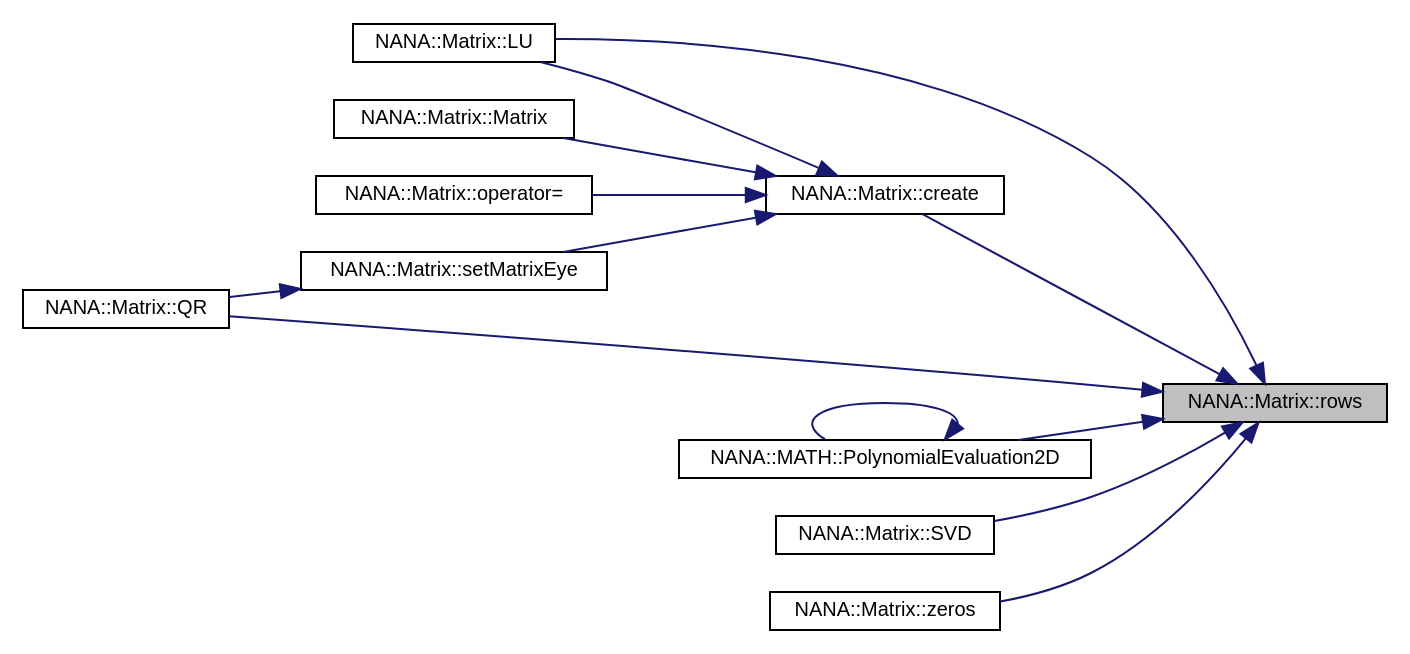
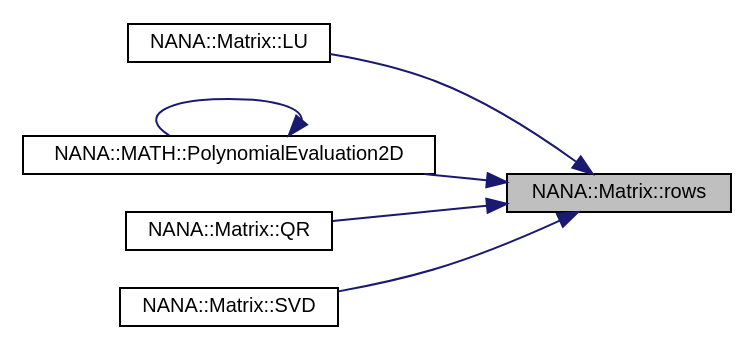
Before and after one commit to YuruTu/NANA: the diagram in docs/class_n_a_n_a_1_1_matrix_a59af2b31be0c8625466dea7fa5a36afa_icgraph.dot, drawn with Graphviz. The commit also changed 83 other files, not shown here.

```diff
--- a/docs/class_n_a_n_a_1_1_matrix_a59af2b31be0c8625466dea7fa5a36afa_icgraph.dot
+++ b/docs/class_n_a_n_a_1_1_matrix_a59af2b31be0c8625466dea7fa5a36afa_icgraph.dot
@@ -1,29 +1,17 @@
 digraph "NANA::Matrix::rows"
 {
  // LATEX_PDF_SIZE
   edge [fontname="Helvetica",fontsize="10",labelfontname="Helvetica",labelfontsize="10"];
   node [fontname="Helvetica",fontsize="10",shape=record];
   rankdir="RL";
   Node1 [label="NANA::Matrix::rows",height=0.2,width=0.4,color="black", fillcolor="grey75", style="filled", fontcolor="black",tooltip="获取矩阵的行数"];
   Node1 -> Node2 [dir="back",color="midnightblue",fontsize="10",style="solid",fontname="Helvetica"];
-  Node2 [label="NANA::Matrix::create",height=0.2,width=0.4,color="black", fillcolor="white", style="filled",URL="$class_n_a_n_a_1_1_matrix.html#a9143733c65d050c962bb9ea8fe03d19b",tooltip="申请内存"];
-  Node2 -> Node3 [dir="back",color="midnightblue",fontsize="10",style="solid",fontname="Helvetica"];
-  Node3 [label="NANA::Matrix::LU",height=0.2,width=0.4,color="black", fillcolor="white", style="filled",URL="$class_n_a_n_a_1_1_matrix.html#a4fa999237fe4b55b662bcd8e38707d1e",tooltip="实现矩阵的LU分解"];
-  Node2 -> Node4 [dir="back",color="midnightblue",fontsize="10",style="solid",fontname="Helvetica"];
-  Node4 [label="NANA::Matrix::Matrix",height=0.2,width=0.4,color="black", fillcolor="white", style="filled",URL="$class_n_a_n_a_1_1_matrix.html#a200779713f922b3c87ad193b3ea7f6b4",tooltip="构造函数，主动申请与管理内存"];
-  Node2 -> Node5 [dir="back",color="midnightblue",fontsize="10",style="solid",fontname="Helvetica"];
-  Node5 [label="NANA::Matrix::operator=",height=0.2,width=0.4,color="black", fillcolor="white", style="filled",URL="$class_n_a_n_a_1_1_matrix.html#af8f91cc9e267b3c55d0b8e6cb80351c4",tooltip="等于时"];
-  Node2 -> Node6 [dir="back",color="midnightblue",fontsize="10",style="solid",fontname="Helvetica"];
-  Node6 [label="NANA::Matrix::setMatrixEye",height=0.2,width=0.4,color="black", fillcolor="white", style="filled",URL="$class_n_a_n_a_1_1_matrix.html#a0a5423a5d4ad70b3225216b7a6542ee4",tooltip="将当前矩阵设置为单位矩阵"];
-  Node6 -> Node7 [dir="back",color="midnightblue",fontsize="10",style="solid",fontname="Helvetica"];
-  Node7 [label="NANA::Matrix::QR",height=0.2,width=0.4,color="black", fillcolor="white", style="filled",URL="$class_n_a_n_a_1_1_matrix.html#aa7c0b878879e366512929f60b01b883b",tooltip="基于豪斯荷尔德变换实现矩阵的QR分解"];
+  Node2 [label="NANA::Matrix::LU",height=0.2,width=0.4,color="black", fillcolor="white", style="filled",URL="$class_n_a_n_a_1_1_matrix.html#a4fa999237fe4b55b662bcd8e38707d1e",tooltip="实现矩阵的LU分解"];
   Node1 -> Node3 [dir="back",color="midnightblue",fontsize="10",style="solid",fontname="Helvetica"];
-  Node1 -> Node8 [dir="back",color="midnightblue",fontsize="10",style="solid",fontname="Helvetica"];
-  Node8 [label="NANA::MATH::PolynomialEvaluation2D",height=0.2,width=0.4,color="black", fillcolor="white", style="filled",URL="$polynomialevaluation_8hpp.html#af878aea278122eda8be688e6a205c001",tooltip="二维多项式求值"];
-  Node8 -> Node8 [dir="back",color="midnightblue",fontsize="10",style="solid",fontname="Helvetica"];
-  Node1 -> Node7 [dir="back",color="midnightblue",fontsize="10",style="solid",fontname="Helvetica"];
-  Node1 -> Node9 [dir="back",color="midnightblue",fontsize="10",style="solid",fontname="Helvetica"];
-  Node9 [label="NANA::Matrix::SVD",height=0.2,width=0.4,color="black", fillcolor="white", style="filled",URL="$class_n_a_n_a_1_1_matrix.html#a8352dc7654f5aa3b0739675226f506b3",tooltip="实现奇异值分解"];
-  Node1 -> Node10 [dir="back",color="midnightblue",fontsize="10",style="solid",fontname="Helvetica"];
-  Node10 [label="NANA::Matrix::zeros",height=0.2,width=0.4,color="black", fillcolor="white", style="filled",URL="$class_n_a_n_a_1_1_matrix.html#aca43ab15a7bcbb1b79bba0e384064194",tooltip="生成全0矩阵"];
+  Node3 [label="NANA::MATH::PolynomialEvaluation2D",height=0.2,width=0.4,color="black", fillcolor="white", style="filled",URL="$polynomialevaluation_8hpp.html#af878aea278122eda8be688e6a205c001",tooltip="二维多项式求值"];
+  Node3 -> Node3 [dir="back",color="midnightblue",fontsize="10",style="solid",fontname="Helvetica"];
+  Node1 -> Node4 [dir="back",color="midnightblue",fontsize="10",style="solid",fontname="Helvetica"];
+  Node4 [label="NANA::Matrix::QR",height=0.2,width=0.4,color="black", fillcolor="white", style="filled",URL="$class_n_a_n_a_1_1_matrix.html#aa7c0b878879e366512929f60b01b883b",tooltip="基于豪斯荷尔德变换实现矩阵的QR分解"];
+  Node1 -> Node5 [dir="back",color="midnightblue",fontsize="10",style="solid",fontname="Helvetica"];
+  Node5 [label="NANA::Matrix::SVD",height=0.2,width=0.4,color="black", fillcolor="white", style="filled",URL="$class_n_a_n_a_1_1_matrix.html#a8352dc7654f5aa3b0739675226f506b3",tooltip="实现奇异值分解"];
 }
```
